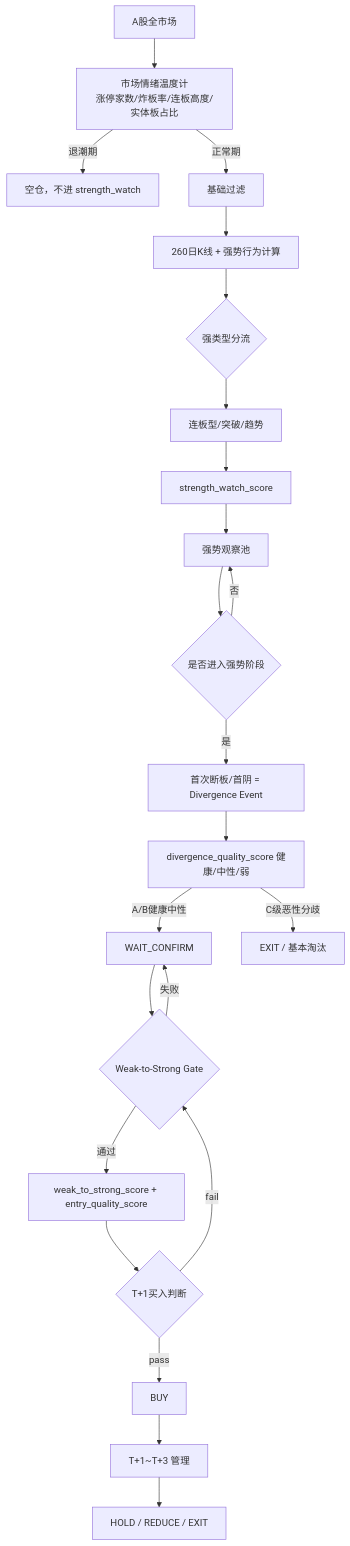
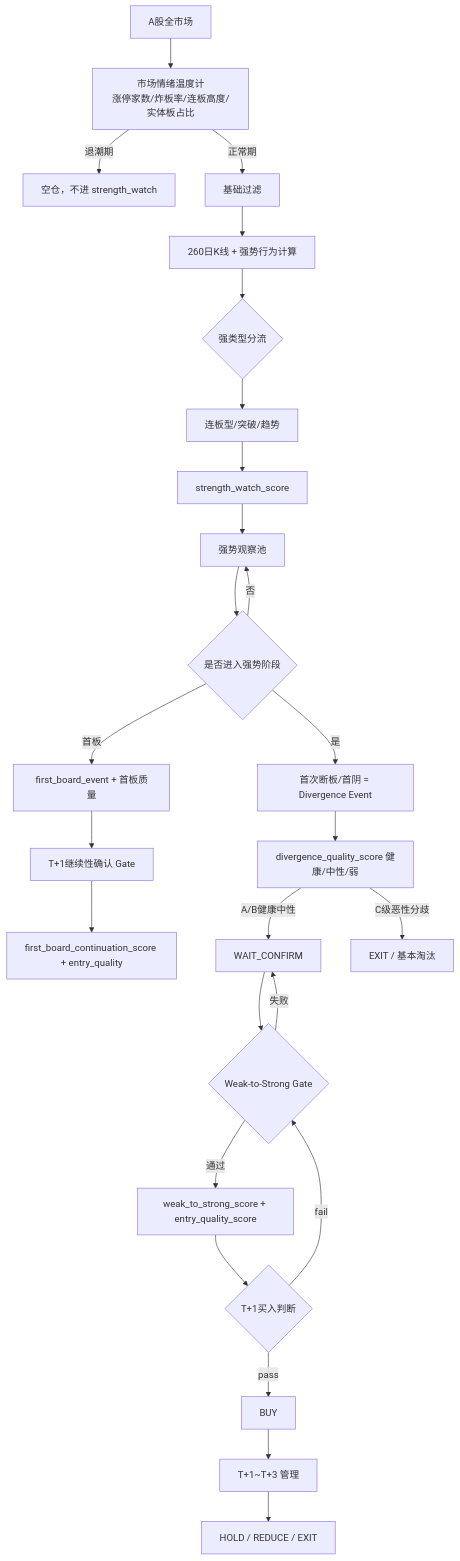
One commit to BelieveInBehavior/ai-trading changed the diagram in contest_trade_refactor/strategies/strong_diverge/README.md. Above: the diagram before and after it, drawn with Mermaid. The commit also changed other lines of this file and 6 other files, not shown here.

````diff
--- a/contest_trade_refactor/strategies/strong_diverge/README.md
+++ b/contest_trade_refactor/strategies/strong_diverge/README.md
@@ -9,25 +9,28 @@
 ```mermaid
 flowchart TD
     A[A股全市场] --> MT[市场情绪温度计<br/>涨停家数/炸板率/连板高度/实体板占比]
     MT -- 退潮期 --> XZ[空仓，不进 strength_watch]
     MT -- 正常期 --> B[基础过滤]
     B --> C[260日K线 + 强势行为计算]
     C --> D{强类型分流}
     D --> D1[连板型/突破/趋势]
     D1 --> E[strength_watch_score]
     E --> F[强势观察池]
     F --> G{是否进入强势阶段}
     G -- 否 --> F
     G -- 是 --> H[首次断板/首阴 = Divergence Event]
+    G -- 首板 --> FB[first_board_event + 首板质量]
+    FB --> FC[T+1继续性确认 Gate]
+    FC --> FC2[first_board_continuation_score + entry_quality]
     H --> I[divergence_quality_score 健康/中性/弱]
     I --> |A/B健康中性| J[WAIT_CONFIRM]
     I --> |C级恶性分歧| X[EXIT / 基本淘汰]
     J --> K{Weak-to-Strong Gate}
     K -- 失败 --> J
     K -- 通过 --> L[weak_to_strong_score + entry_quality_score]
     L --> M{T+1买入判断}
     M -- pass --> N[BUY]
     M -- fail --> K
     N --> O[T+1~T+3 管理]
     O --> P[HOLD / REDUCE / EXIT]
 ```
````
